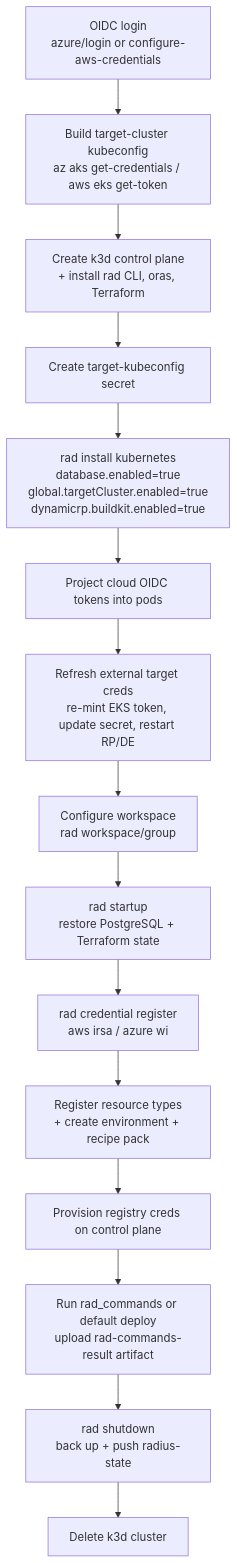
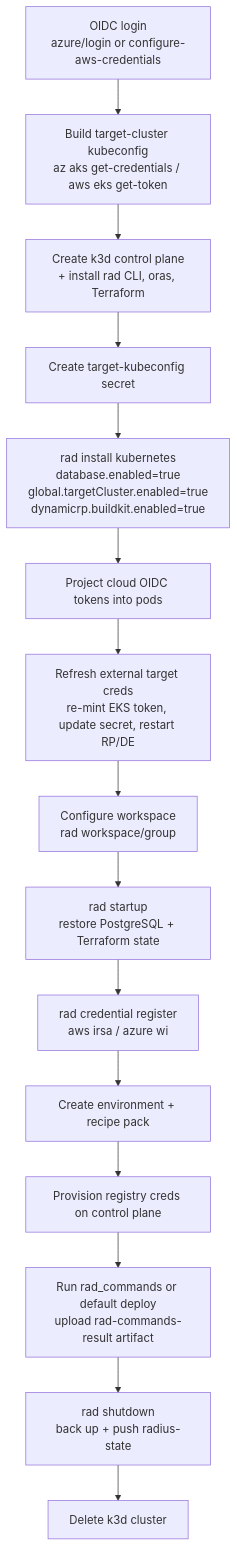
The diagram in eng/design-notes/environments/2026-06-repo-radius-deploy-workflow.md (radius-project/radius), drawn with Mermaid before and after one commit. The commit also changed other lines of this file and 2 other files, not shown here.

First line of the commit message:
docs: sync deploy-workflow docs with resource-type + recipe-pack changes

````diff
--- a/eng/design-notes/environments/2026-06-repo-radius-deploy-workflow.md
+++ b/eng/design-notes/environments/2026-06-repo-radius-deploy-workflow.md
@@ -96,17 +96,17 @@
 ```mermaid
 flowchart TD
     A[OIDC login<br/>azure/login or configure-aws-credentials] --> B[Build target-cluster kubeconfig<br/>az aks get-credentials / aws eks get-token]
     B --> C[Create k3d control plane<br/>+ install rad CLI, oras, Terraform]
     C --> D[Create target-kubeconfig secret]
     D --> E[rad install kubernetes<br/>database.enabled=true<br/>global.targetCluster.enabled=true<br/>dynamicrp.buildkit.enabled=true]
     E --> F[Project cloud OIDC tokens into pods]
     F --> G[Refresh external target creds<br/>re-mint EKS token, update secret, restart RP/DE]
     G --> H[Configure workspace<br/>rad workspace/group]
     H --> I[rad startup<br/>restore PostgreSQL + Terraform state]
     I --> J[rad credential register<br/>aws irsa / azure wi]
-    J --> K[Register resource types<br/>+ create environment + recipe pack]
+    J --> K[Create environment + recipe pack]
     K --> L[Provision registry creds on control plane]
     L --> M[Run rad_commands or default deploy<br/>upload rad-commands-result artifact]
     M --> N[rad shutdown<br/>back up + push radius-state]
     N --> O[Delete k3d cluster]
 ```
````
